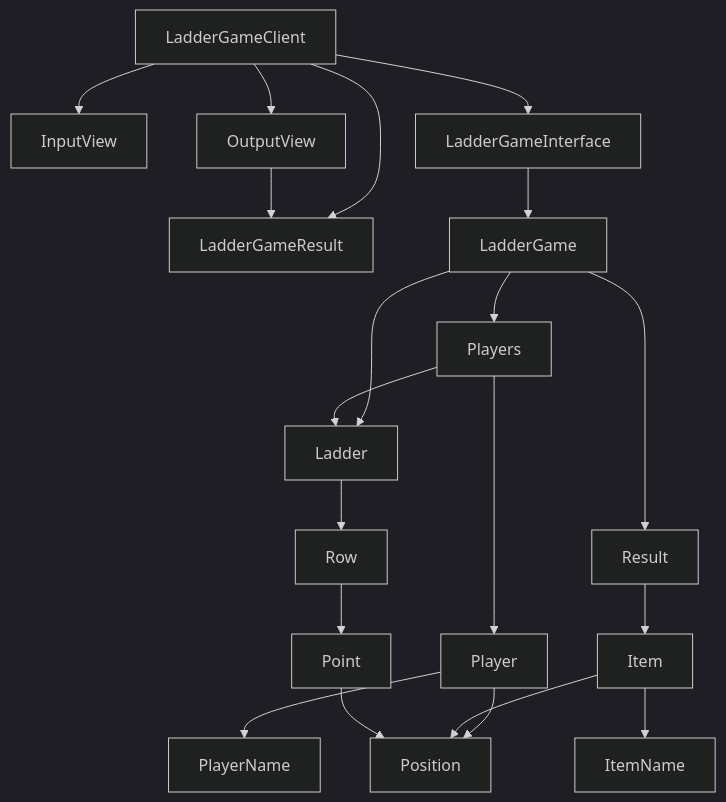
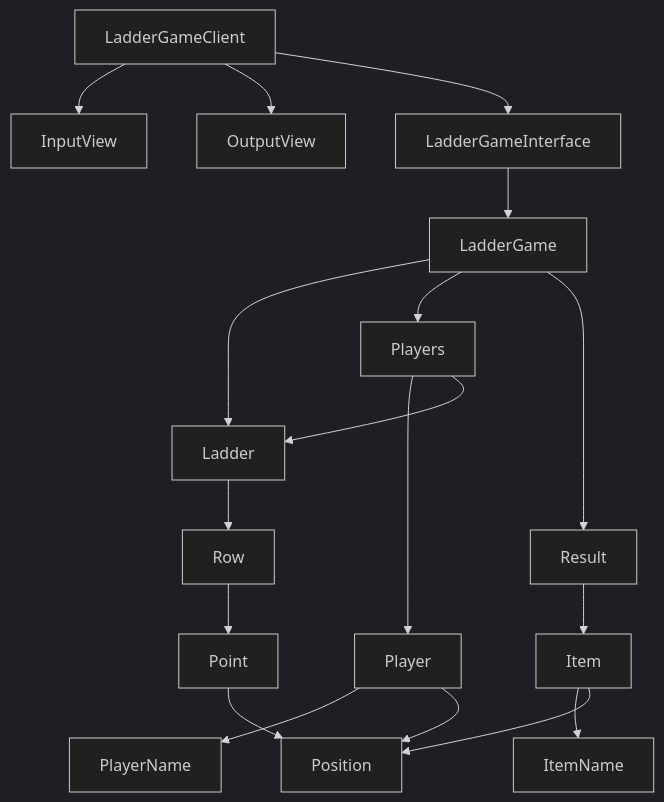
Before and after one commit to woowacourse/java-ladder: the diagram in README.md, drawn with Mermaid (dark theme).

Commit message:
docs: 안 쓸것 같은 의존성 제거

````diff
--- a/README.md
+++ b/README.md
@@ -5,28 +5,26 @@
 ```mermaid
 graph TD
 
 LadderGameClient --> InputView
 LadderGameClient --> OutputView
 LadderGameClient --> LadderGameInterface
-LadderGameClient --> LadderGameResult
-OutputView --> LadderGameResult
 
 LadderGameInterface --> LadderGame
 LadderGame -->Ladder
 Ladder --> Row
 Row --> Point
 
 LadderGame --> Players
 Players --> Player
 Player --> PlayerName
 Player --> Position
 Players --> Ladder
 
 LadderGame --> Result
 Result --> Item
 Item --> ItemName
 Item --> Position
 
 Point --> Position
 
 ```
````
